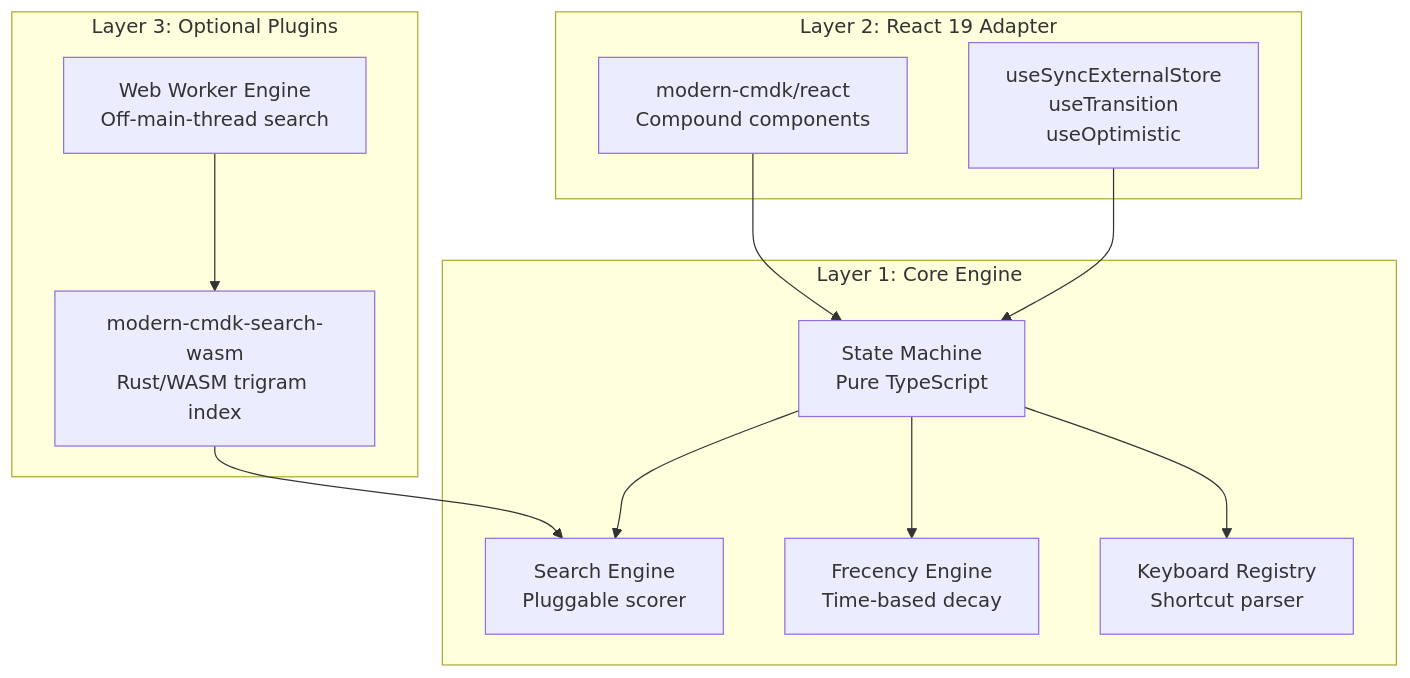
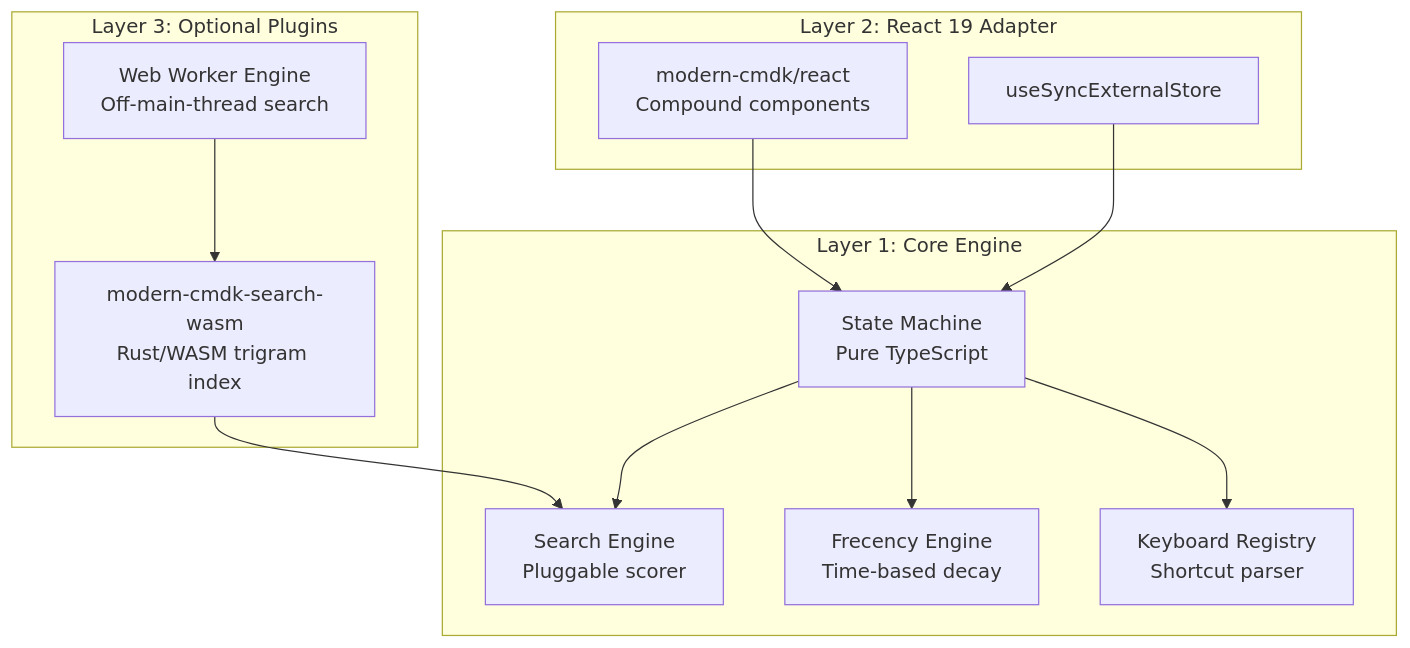
Before and after one commit to ABCrimson/modern-cmdk: the first of 5 diagrams in apps/docs/architecture/overview.md, drawn with Mermaid. The commit also changed other lines of this file and 1 other file, not shown here.

Commit message:
docs(architecture): RA-84, D102, D103, D107, D116: the active item after a search, the lifecycle, the engine owner, the entries

````diff
--- a/apps/docs/architecture/overview.md
+++ b/apps/docs/architecture/overview.md
@@ -12,27 +12,27 @@
 ```mermaid
 graph TB
     subgraph "Layer 3: Optional Plugins"
         WASM["modern-cmdk-search-wasm\nRust/WASM trigram index"]
         WORKER["Web Worker Engine\nOff-main-thread search"]
     end
 
     subgraph "Layer 2: React 19 Adapter"
         REACT["modern-cmdk/react\nCompound components"]
-        HOOKS["useSyncExternalStore\nuseTransition\nuseOptimistic"]
+        HOOKS["useSyncExternalStore"]
     end
 
     subgraph "Layer 1: Core Engine"
         MACHINE["State Machine\nPure TypeScript"]
         SEARCH["Search Engine\nPluggable scorer"]
         FRECENCY["Frecency Engine\nTime-based decay"]
         KEYBOARD["Keyboard Registry\nShortcut parser"]
     end
 
     REACT --> MACHINE
     HOOKS --> MACHINE
     WASM --> SEARCH
     WORKER --> WASM
     MACHINE --> SEARCH
     MACHINE --> FRECENCY
     MACHINE --> KEYBOARD
 ```
````
